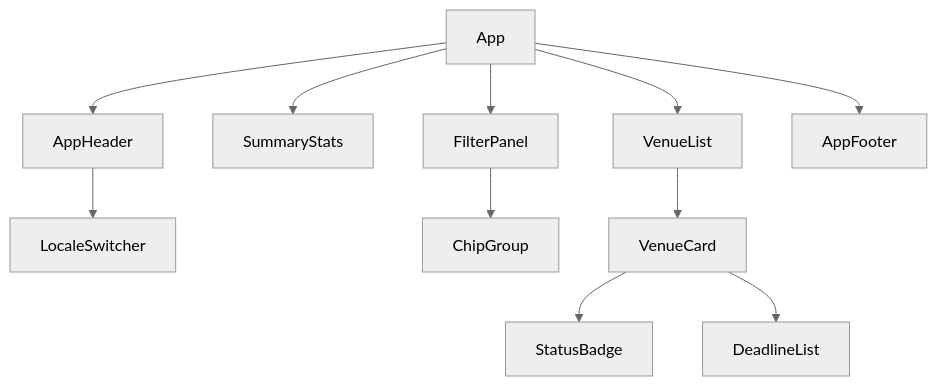
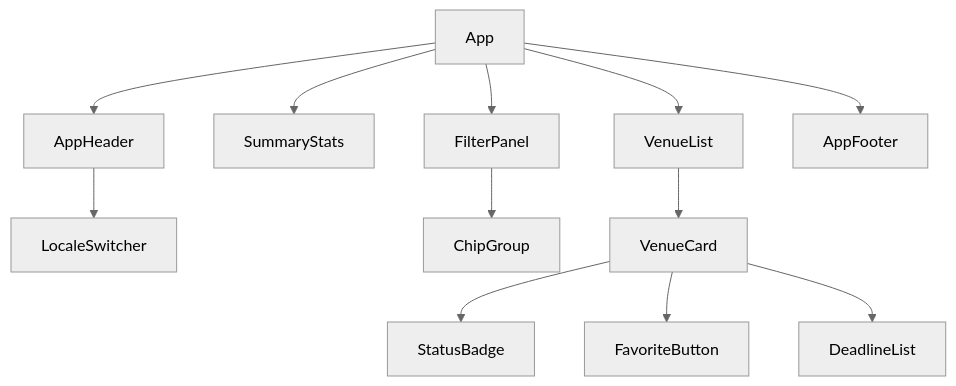
One commit to konbraphat51/GameRelatedCfPs changed the second of 3 diagrams in Docs/Architecture.ja.md. Above: the diagram before and after it, drawn with Mermaid (neutral theme). The commit also changed other lines of this file and 3 other files, not shown here.

````diff
--- a/Docs/Architecture.ja.md
+++ b/Docs/Architecture.ja.md
@@ -90,10 +93,11 @@
 ```mermaid
 graph TD
   App --> AppHeader --> LocaleSwitcher
   App --> SummaryStats
   App --> FilterPanel --> ChipGroup
   App --> VenueList --> VenueCard
   VenueCard --> StatusBadge
+  VenueCard --> FavoriteButton
   VenueCard --> DeadlineList
   App --> AppFooter
 ```
````
